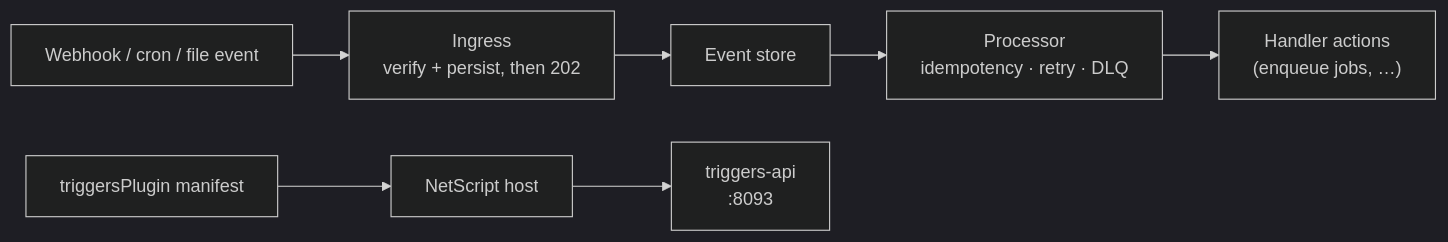
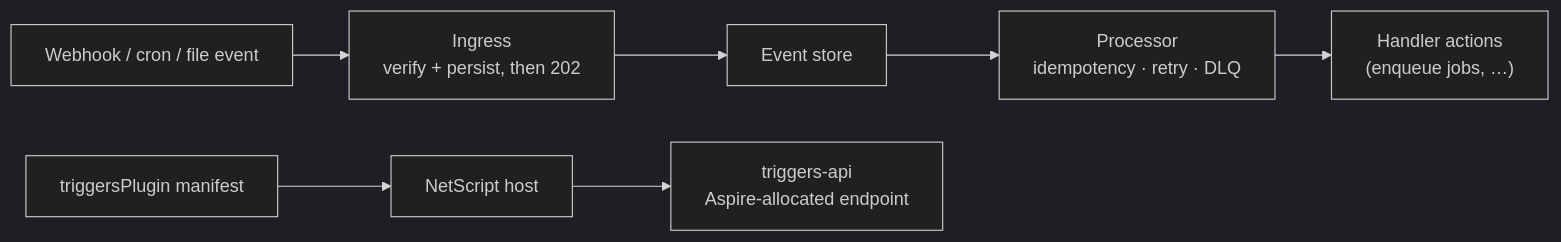
Before and after one commit to rickylabs/netscript: the diagram in plugins/triggers/README.md, drawn with Mermaid (dark theme). The commit also changed other lines of this file and 34 other files, not shown here.

````diff
--- a/plugins/triggers/README.md
+++ b/plugins/triggers/README.md
@@ -41,9 +41,9 @@
 ```mermaid
 flowchart LR
     W["Webhook / cron / file event"] --> I["Ingress<br/>verify + persist, then 202"]
     I --> E["Event store"]
     E --> P["Processor<br/>idempotency · retry · DLQ"]
     P --> J["Handler actions<br/>(enqueue jobs, …)"]
     M["triggersPlugin manifest"] --> H["NetScript host"]
-    H --> A["triggers-api<br/>:8093"]
+    H --> A["triggers-api<br/>Aspire-allocated endpoint"]
 ```
````
